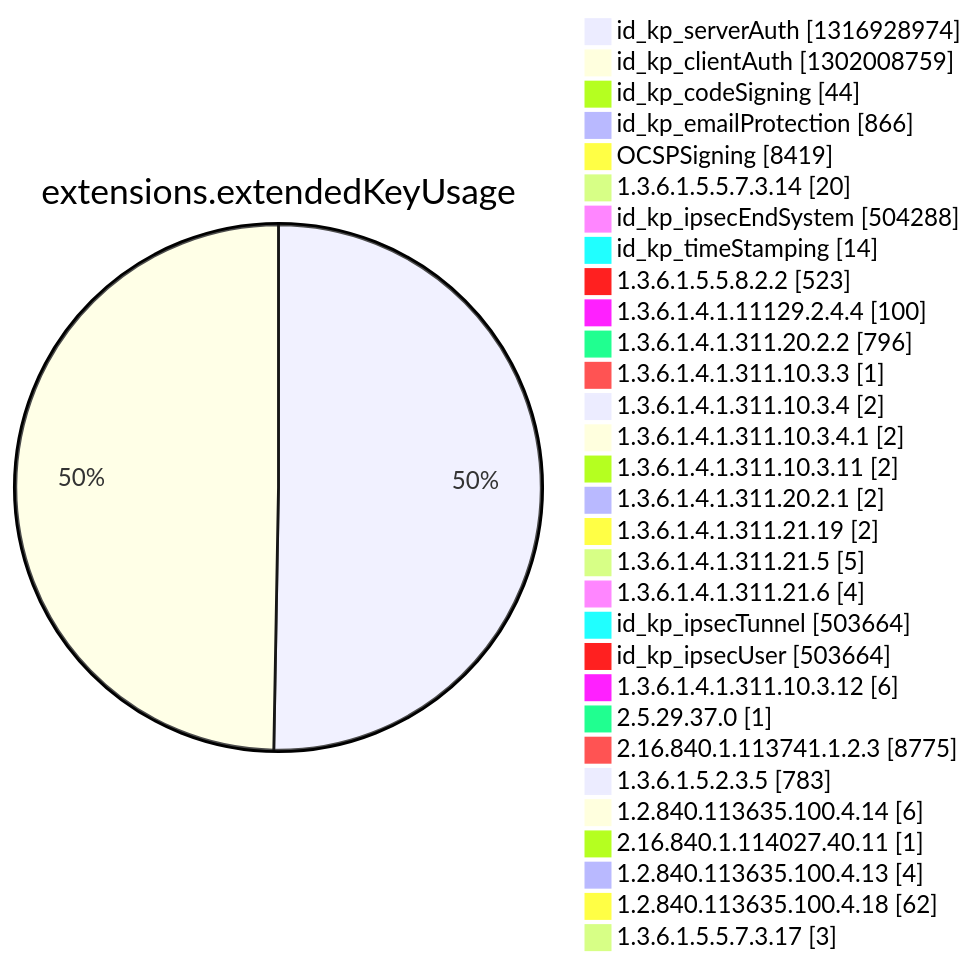
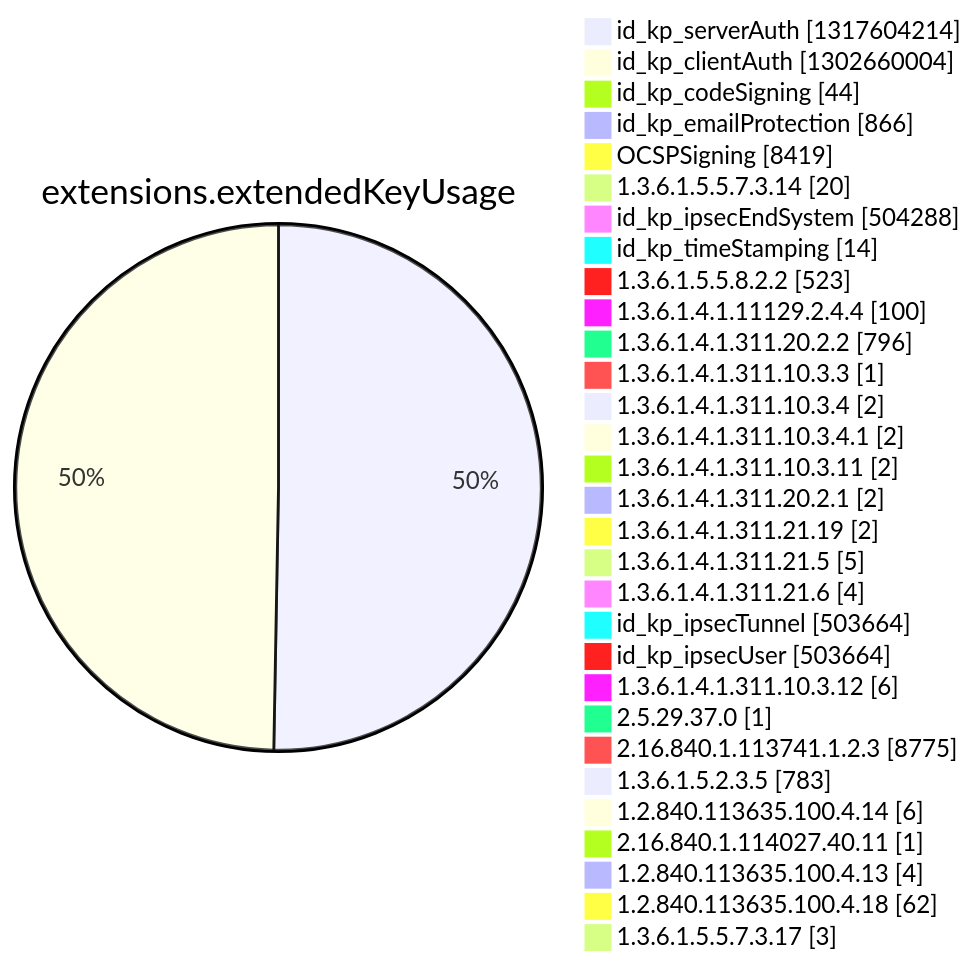
One commit to christiankrug/ctmonitor_visualization changed diagram 12 of 15 in argon2022/README.md. Above: the diagram before and after it, drawn with Mermaid. The commit also changed other lines of this file, not shown here.

````diff
--- a/argon2022/README.md
+++ b/argon2022/README.md
@@ -3552,34 +3552,34 @@
 ```mermaid
 pie showData
 title extensions.extendedKeyUsage
-"id_kp_serverAuth" :1316928974
-"id_kp_clientAuth" :1302008759
+"id_kp_serverAuth" :1317604214
+"id_kp_clientAuth" :1302660004
 "id_kp_codeSigning" :44
 "id_kp_emailProtection" :866
 "OCSPSigning" :8419
 "1.3.6.1.5.5.7.3.14" :20
 "id_kp_ipsecEndSystem" :504288
 "id_kp_timeStamping" :14
 "1.3.6.1.5.5.8.2.2" :523
 "1.3.6.1.4.1.11129.2.4.4" :100
 "1.3.6.1.4.1.311.20.2.2" :796
 "1.3.6.1.4.1.311.10.3.3" :1
 "1.3.6.1.4.1.311.10.3.4" :2
 "1.3.6.1.4.1.311.10.3.4.1" :2
 "1.3.6.1.4.1.311.10.3.11" :2
 "1.3.6.1.4.1.311.20.2.1" :2
 "1.3.6.1.4.1.311.21.19" :2
 "1.3.6.1.4.1.311.21.5" :5
 "1.3.6.1.4.1.311.21.6" :4
 "id_kp_ipsecTunnel" :503664
 "id_kp_ipsecUser" :503664
 "1.3.6.1.4.1.311.10.3.12" :6
 "2.5.29.37.0" :1
 "2.16.840.1.113741.1.2.3" :8775
 "1.3.6.1.5.2.3.5" :783
 "1.2.840.113635.100.4.14" :6
 "2.16.840.1.114027.40.11" :1
 "1.2.840.113635.100.4.13" :4
 "1.2.840.113635.100.4.18" :62
 "1.3.6.1.5.5.7.3.17" :3
 ```
````
